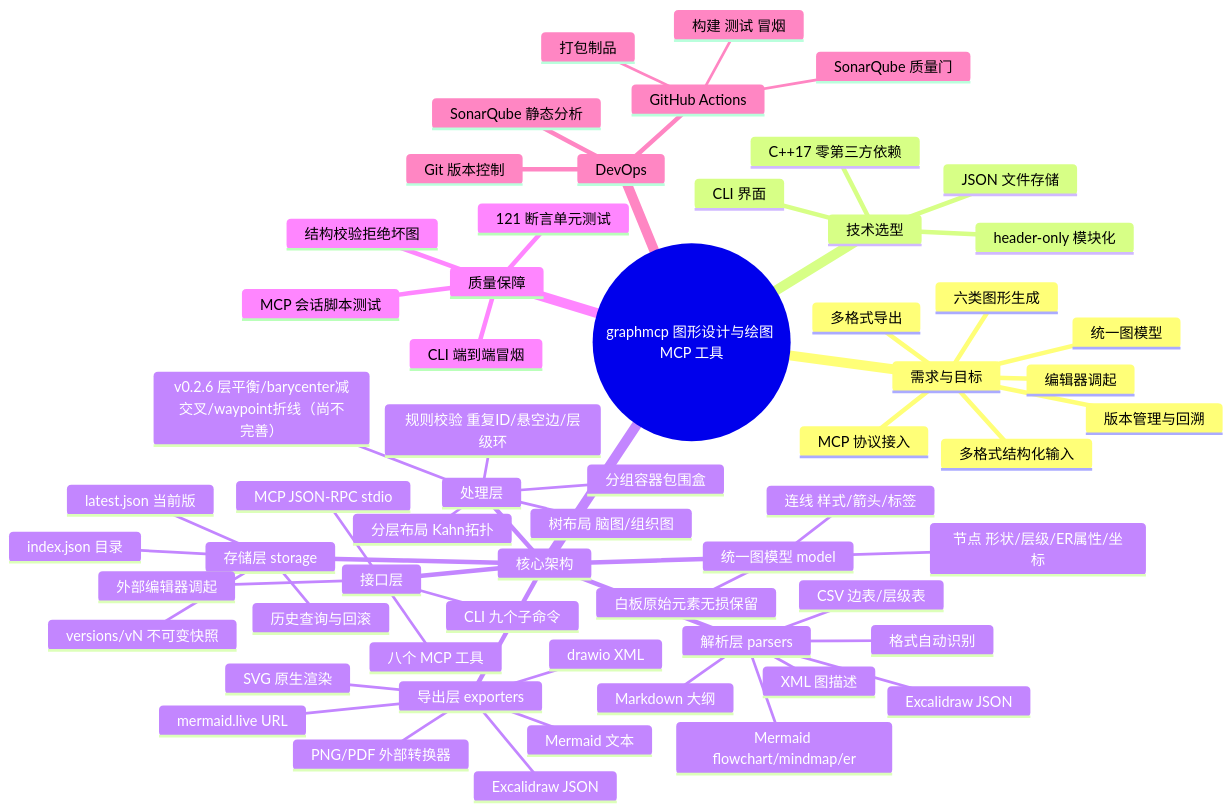
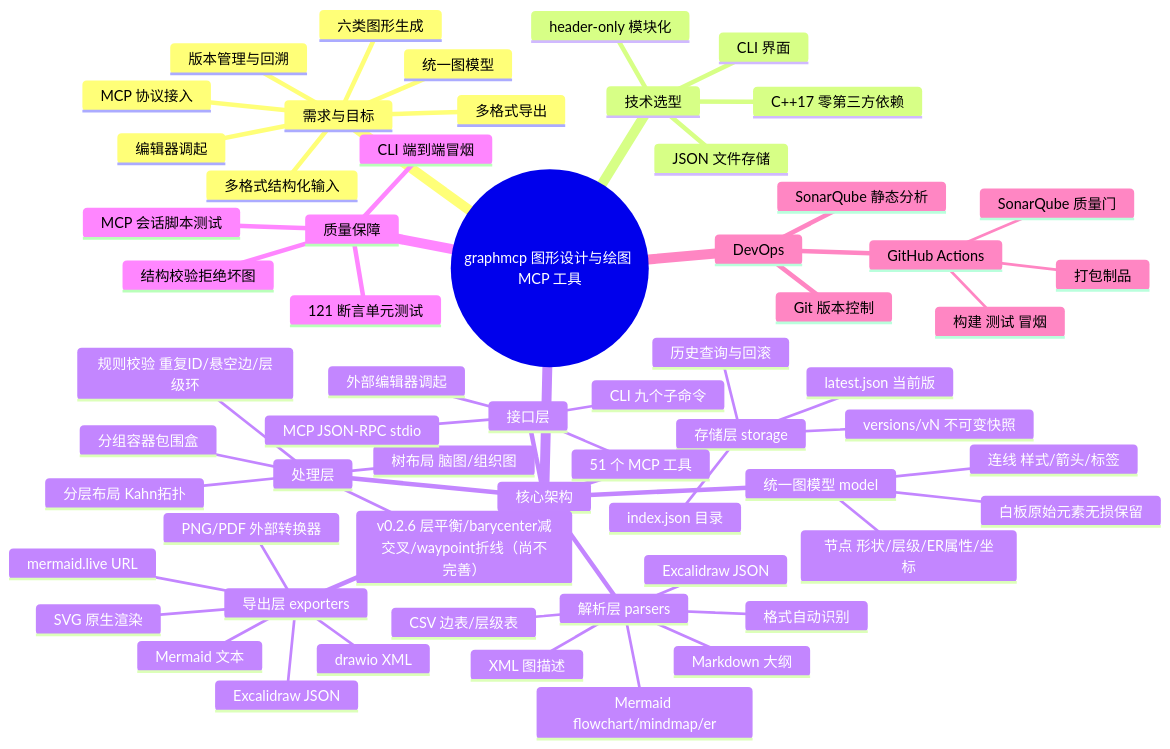
The diagram in docs/MINDMAP.md (Wuqiongxiaolain/MCP), drawn with Mermaid before and after one commit. The commit also changed other lines of this file and 14 other files, not shown here.

````diff
--- a/docs/MINDMAP.md
+++ b/docs/MINDMAP.md
@@ -11,64 +11,64 @@
 ```mermaid
 mindmap
   root((graphmcp 图形设计与绘图 MCP 工具))
     需求与目标
       多格式结构化输入
       六类图形生成
       统一图模型
       多格式导出
       编辑器调起
       版本管理与回溯
       MCP 协议接入
     技术选型
       C++17 零第三方依赖
       CLI 界面
       JSON 文件存储
       header-only 模块化
     核心架构
       解析层 parsers
         Mermaid flowchart/mindmap/er
         Markdown 大纲
         CSV 边表/层级表
         XML 图描述
         Excalidraw JSON
         格式自动识别
       统一图模型 model
         节点 形状/层级/ER属性/坐标
         连线 样式/箭头/标签
         白板原始元素无损保留
       处理层
         规则校验 重复ID/悬空边/层级环
         分层布局 Kahn拓扑
         v0.2.6 层平衡/barycenter减交叉/waypoint折线（尚不完善）
         树布局 脑图/组织图
         分组容器包围盒
       导出层 exporters
         drawio XML
         Mermaid 文本
         Excalidraw JSON
         SVG 原生渲染
         PNG/PDF 外部转换器
         mermaid.live URL
       存储层 storage
         index.json 目录
         latest.json 当前版
         versions/vN 不可变快照
         历史查询与回滚
       接口层
         CLI 九个子命令
         MCP JSON-RPC stdio
-        八个 MCP 工具
+        51 个 MCP 工具
         外部编辑器调起
     质量保障
       121 断言单元测试
       CLI 端到端冒烟
       MCP 会话脚本测试
       结构校验拒绝坏图
     DevOps
       Git 版本控制
       GitHub Actions
         构建 测试 冒烟
         SonarQube 质量门
         打包制品
       SonarQube 静态分析
 ```
````
